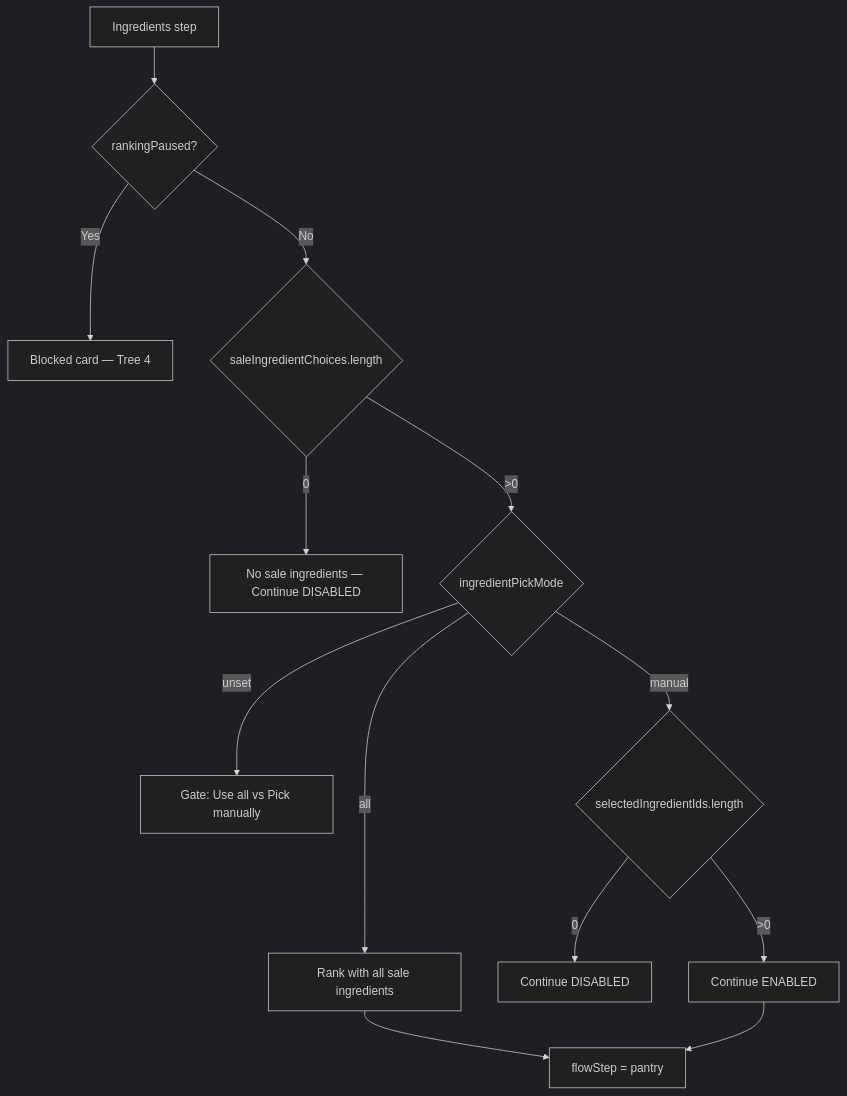
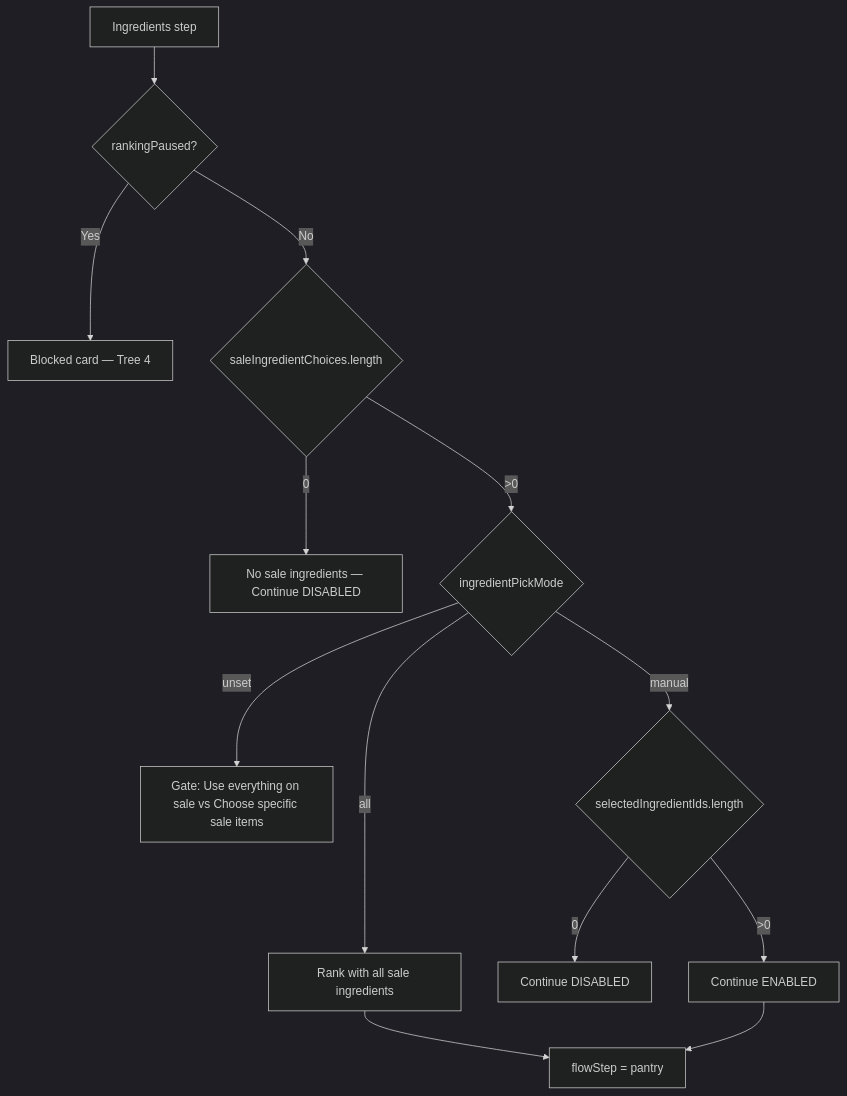
Before and after one commit to sfh1980/Yum4Less: the seventh of 11 diagrams in docs/application-decision-trees.md, drawn with Mermaid (dark theme). The commit also changed other lines of this file and 39 other files, not shown here.

````diff
--- a/docs/application-decision-trees.md
+++ b/docs/application-decision-trees.md
@@ -228,19 +232,19 @@
 ```mermaid
 flowchart TD
   A[Ingredients step] --> B{rankingPaused?}
   B -->|Yes| C[Blocked card — Tree 4]
   B -->|No| D{saleIngredientChoices.length}
 
   D -->|0| E[No sale ingredients — Continue DISABLED]
   D -->|>0| F{ingredientPickMode}
 
-  F -->|unset| G[Gate: Use all vs Pick manually]
+  F -->|unset| G[Gate: Use everything on sale vs Choose specific sale items]
   F -->|all| H[Rank with all sale ingredients]
   F -->|manual| I{selectedIngredientIds.length}
 
   I -->|0| J[Continue DISABLED]
   I -->|>0| K[Continue ENABLED]
 
   H --> L[flowStep = pantry]
   K --> L
 ```
````
